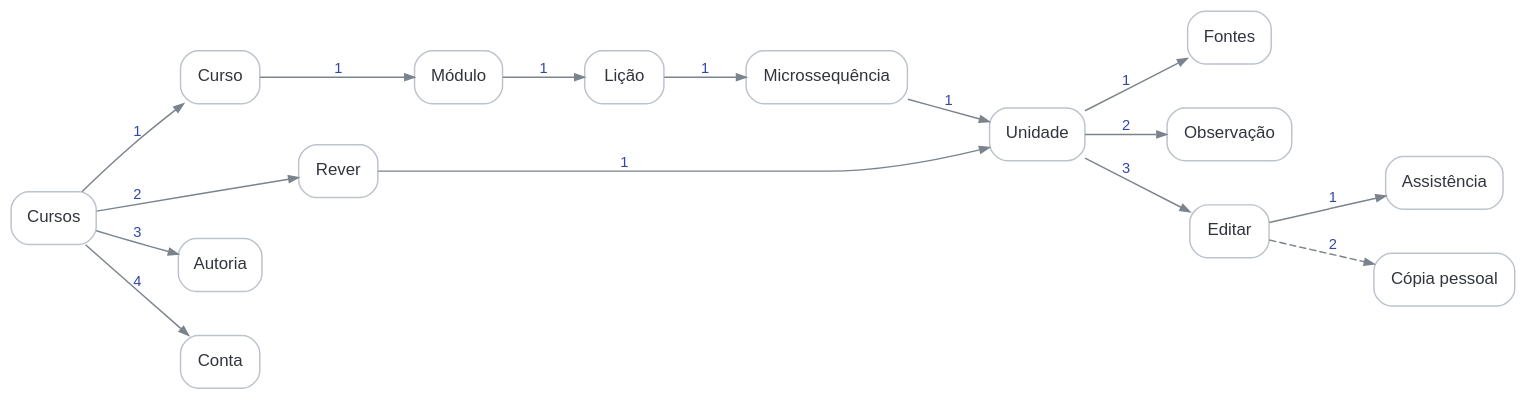
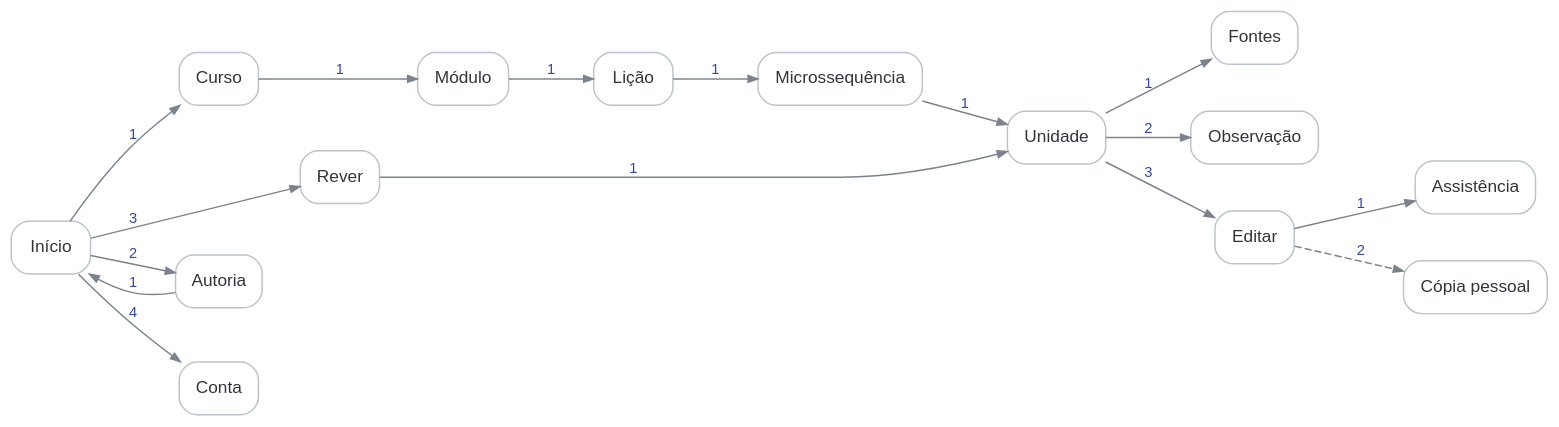
Before and after one commit to fabio-ara/AraLearn: the diagram in ux-atlas/graphs/study.dot, drawn with Graphviz. The commit also changed 29 other files, not shown here.

```diff
--- a/ux-atlas/graphs/study.dot
+++ b/ux-atlas/graphs/study.dot
@@ -1,35 +1,36 @@
 digraph G {
-  graph [bgcolor="transparent", rankdir=LR, pad="0.2", nodesep="0.42", ranksep="0.7", splines="spline"];
-  node [shape=box, style="rounded,filled", fillcolor="#ffffff", color="#bcc3cc", fontcolor="#30353c", fontname="Arial", fontsize=11.5, margin="0.14,0.085"];
-  edge [color="#7b838d", fontcolor="#3346a8", fontname="Arial", fontsize=10, arrowsize=0.65];
+  graph [bgcolor="transparent", rankdir=LR, pad="0.22", nodesep="0.44", ranksep="0.72", splines="spline"];
+  node [shape=box, style="rounded,filled", fillcolor="#ffffff", color="#bcc3cc", fontcolor="#30353c", fontname="Arial", fontsize=11.8, margin="0.15,0.09"];
+  edge [color="#7b838d", fontcolor="#3346a8", fontname="Arial", fontsize=10, arrowsize=0.67];
 
-  study_home [label="Cursos"];
+  study_home [label="Início"];
   study_course [label="Curso"];
   study_module [label="Módulo"];
   study_lesson [label="Lição"];
   study_micro [label="Microssequência"];
   study_unit [label="Unidade"];
   study_sources [label="Fontes"];
   study_observation [label="Observação"];
   study_edit [label="Editar"];
   study_assist [label="Assistência"];
   study_copy [label="Cópia pessoal"];
   study_review [label="Rever"];
   author_courses [label="Autoria"];
   settings [label="Conta"];
 
   study_home -> study_course [label="1"];
-  study_home -> study_review [label="2"];
-  study_home -> author_courses [label="3"];
+  study_home -> author_courses [label="2"];
+  study_home -> study_review [label="3"];
   study_home -> settings [label="4"];
+  author_courses -> study_home [label="1"];
   study_course -> study_module [label="1"];
   study_module -> study_lesson [label="1"];
   study_lesson -> study_micro [label="1"];
   study_micro -> study_unit [label="1"];
   study_review -> study_unit [label="1"];
   study_unit -> study_sources [label="1"];
   study_unit -> study_observation [label="2"];
   study_unit -> study_edit [label="3"];
   study_edit -> study_assist [label="1"];
   study_edit -> study_copy [label="2", style=dashed, class="conditional"];
 }
```
